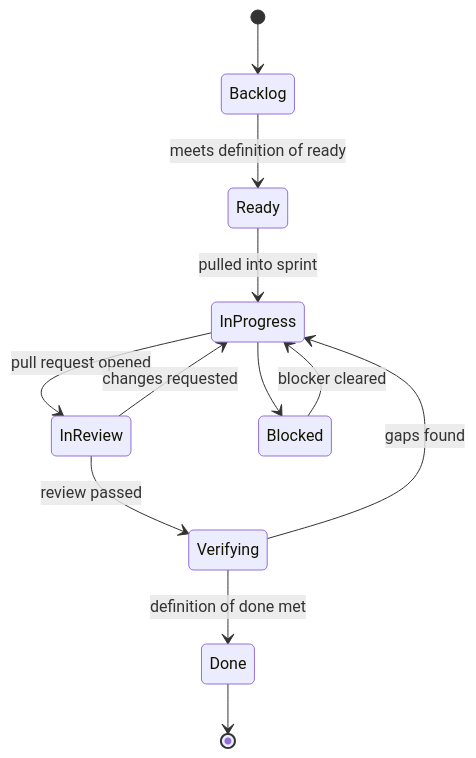
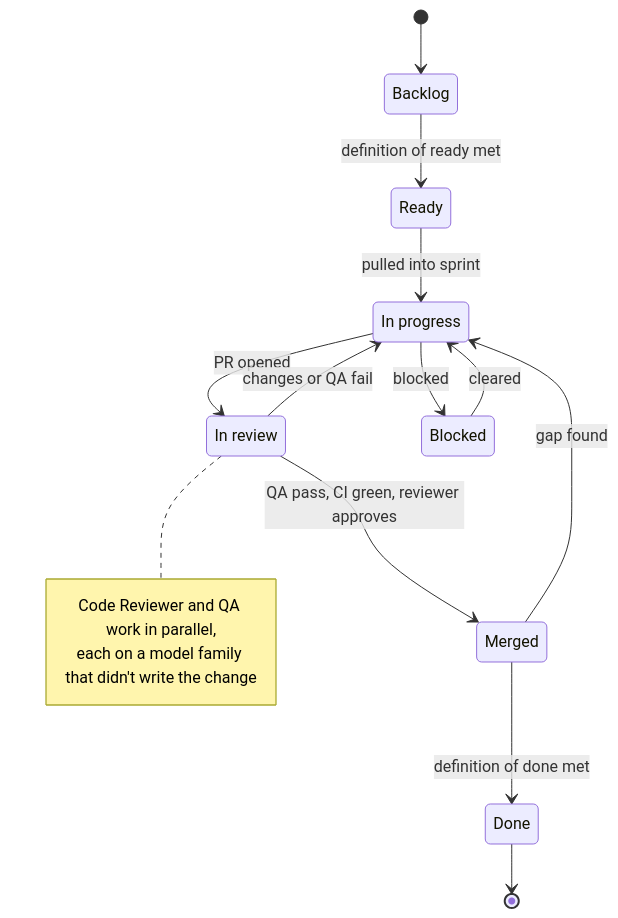
One commit to sheepnir/GrokBot_DevFlow changed the third of 3 diagrams in README.md. Above: the diagram before and after it, drawn with Mermaid. The commit also changed other lines of this file, not shown here.

First line of the commit message:
Explain token efficiency in the README and clarify the charts

````diff
--- a/README.md
+++ b/README.md
@@ -79,14 +155,20 @@
 ```mermaid
 stateDiagram-v2
+    state "In progress" as InProgress
+    state "In review" as InReview
     [*] --> Backlog
-    Backlog --> Ready: meets definition of ready
+    Backlog --> Ready: definition of ready met
     Ready --> InProgress: pulled into sprint
-    InProgress --> InReview: pull request opened
-    InReview --> InProgress: changes requested
-    InReview --> Verifying: review passed
-    Verifying --> InProgress: gaps found
-    Verifying --> Done: definition of done met
-    InProgress --> Blocked
-    Blocked --> InProgress: blocker cleared
+    InProgress --> InReview: PR opened
+    InReview --> InProgress: changes or QA fail
+    InReview --> Merged: QA pass, CI green, reviewer approves
+    Merged --> Done: definition of done met
+    Merged --> InProgress: gap found
+    InProgress --> Blocked: blocked
+    Blocked --> InProgress: cleared
     Done --> [*]
+    note right of InReview
+        Code Reviewer and QA work in parallel,
+        each on a model family that didn't write the change
+    end note
 ```
````
